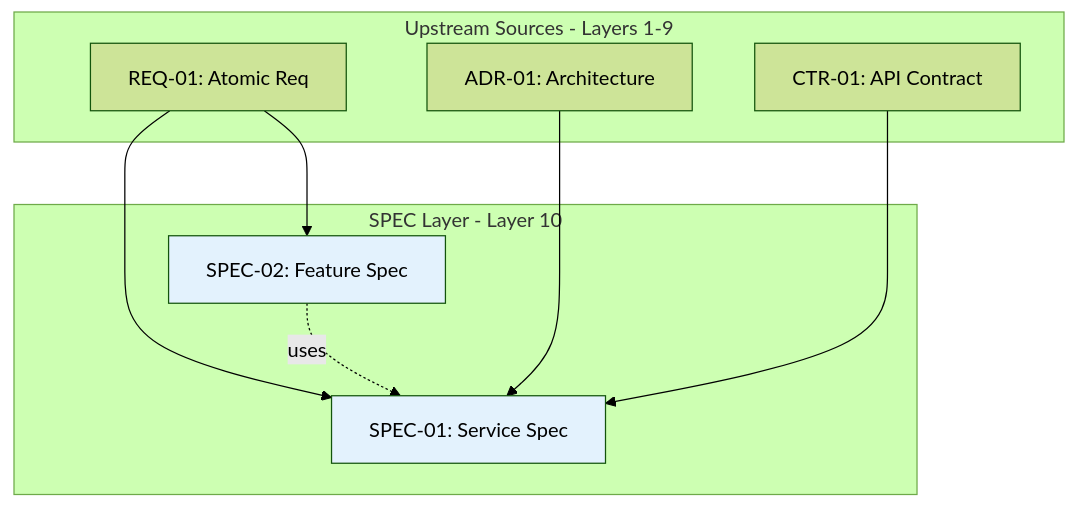
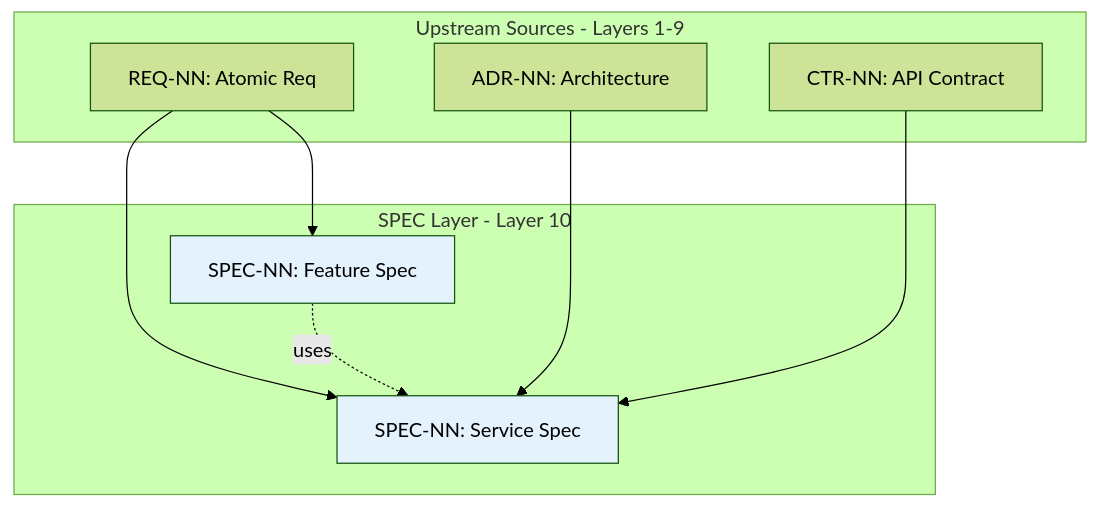
Before and after one commit to vladm3105/aidoc-flow-framework: the diagram in ai_dev_flow/SPEC/SPEC-000_TRACEABILITY_MATRIX-TEMPLATE.md, drawn with Mermaid (forest theme). The commit also changed other lines of this file and 140 other files, not shown here.

````diff
--- a/ai_dev_flow/SPEC/SPEC-000_TRACEABILITY_MATRIX-TEMPLATE.md
+++ b/ai_dev_flow/SPEC/SPEC-000_TRACEABILITY_MATRIX-TEMPLATE.md
@@ -342,23 +342,23 @@
 ```mermaid
 graph TD
     subgraph Upstream[Upstream Sources - Layers 1-9]
-        REQ01[REQ-01: Atomic Req]
-        ADR001[ADR-01: Architecture]
-        CTR01[CTR-01: API Contract]
+        REQ01[REQ-NN: Atomic Req]
+        ADR001[ADR-NN: Architecture]
+        CTR01[CTR-NN: API Contract]
     end
 
     subgraph Current[SPEC Layer - Layer 10]
-        SPEC01[SPEC-01: Service Spec]
-        SPEC02[SPEC-02: Feature Spec]
+        SPEC01[SPEC-NN: Service Spec]
+        SPEC02[SPEC-NN: Feature Spec]
     end
 
     REQ01 --> SPEC01
     ADR001 --> SPEC01
     CTR01 --> SPEC01
     REQ01 --> SPEC02
 
     SPEC02 -.uses.-> SPEC01
 
     style SPEC01 fill:#e3f2fd
     style SPEC02 fill:#e3f2fd
 ```
````
